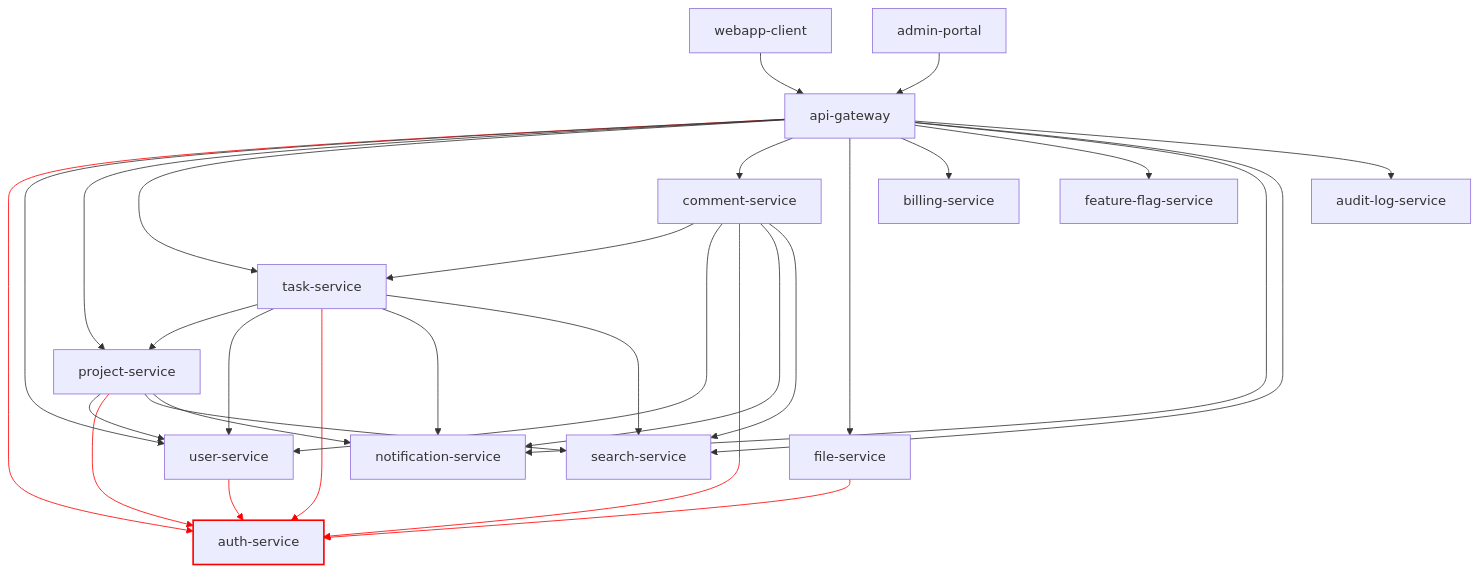
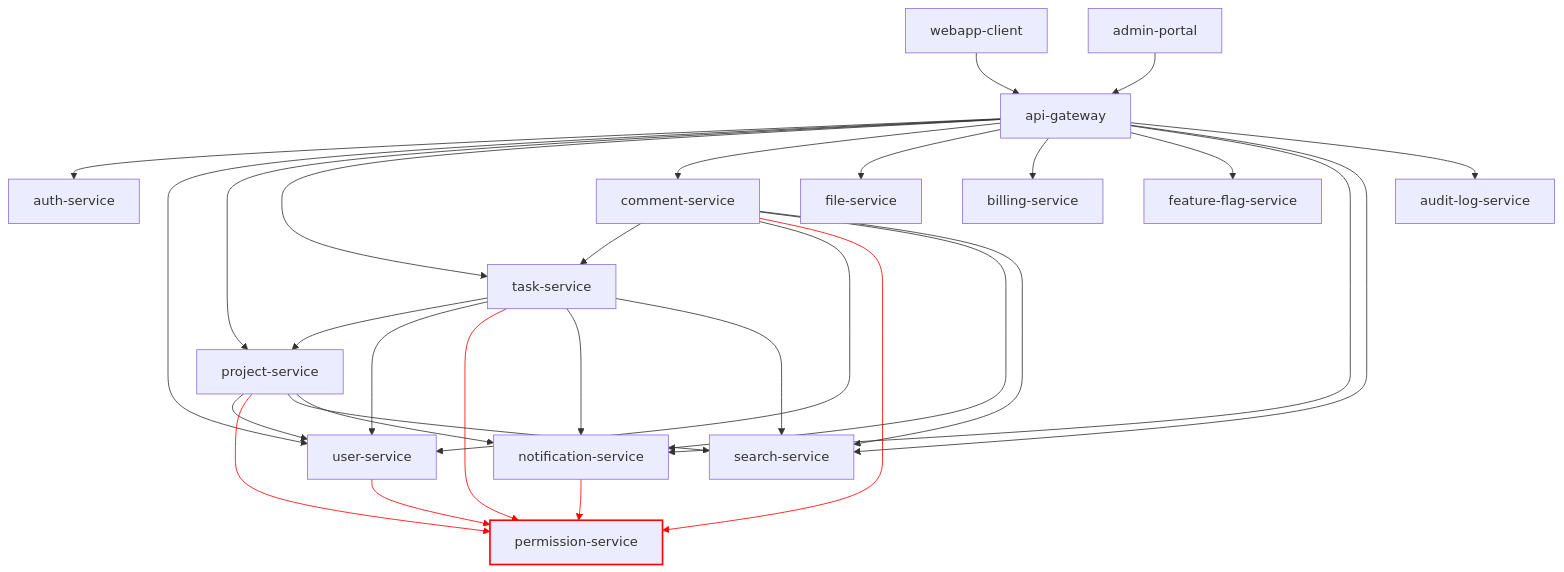
The diagram in diagram-auth.mermaid (morph-playground/.github), drawn with Mermaid before and after one commit. The commit also changed 3 other files, not shown here.

Commit message:
fix permission-service

```diff
--- a/diagram-auth.mermaid
+++ b/diagram-auth.mermaid
@@ -1,43 +1,43 @@
 graph TD
 
 %% Webapps enter via API Gateway
     webapp-client --> api-gateway
     admin-portal --> api-gateway
 %% Gateway routes only to entry-point services
     api-gateway --> auth-service
     api-gateway --> user-service
     api-gateway --> project-service
     api-gateway --> task-service
     api-gateway --> comment-service
     api-gateway --> file-service
     api-gateway --> billing-service
     api-gateway --> feature-flag-service
     api-gateway --> notification-service
     api-gateway --> search-service
     api-gateway --> audit-log-service
-%% Core service dependencies
+
     task-service --> project-service
     task-service --> user-service
-    task-service --> auth-service
+    task-service --> permission-service
     comment-service --> task-service
     comment-service --> user-service
-    comment-service --> auth-service
-    file-service --> auth-service
+    comment-service --> permission-service
     project-service --> user-service
-    project-service --> auth-service
-    user-service --> auth-service
-%% Supporting services (1-way dependencies)
+    project-service --> permission-service
+    user-service --> permission-service
     task-service --> notification-service
     task-service --> search-service
     comment-service --> notification-service
     comment-service --> search-service
     project-service --> search-service
     project-service --> notification-service
-    linkStyle 2 stroke: red
+    notification-service --> permission-service
+
     linkStyle 15 stroke: red
     linkStyle 18 stroke: red
-    linkStyle 19 stroke: red
+    linkStyle 20 stroke: red
     linkStyle 21 stroke: red
-    linkStyle 22 stroke: red
-    classDef authNode stroke: #ff0000, stroke-width: 2px;
-    class auth-service authNode;
+    linkStyle 28 stroke: red
+
+    classDef highlightedNode stroke: #ff0000, stroke-width: 2px;
+    class permission-service highlightedNode;
```
